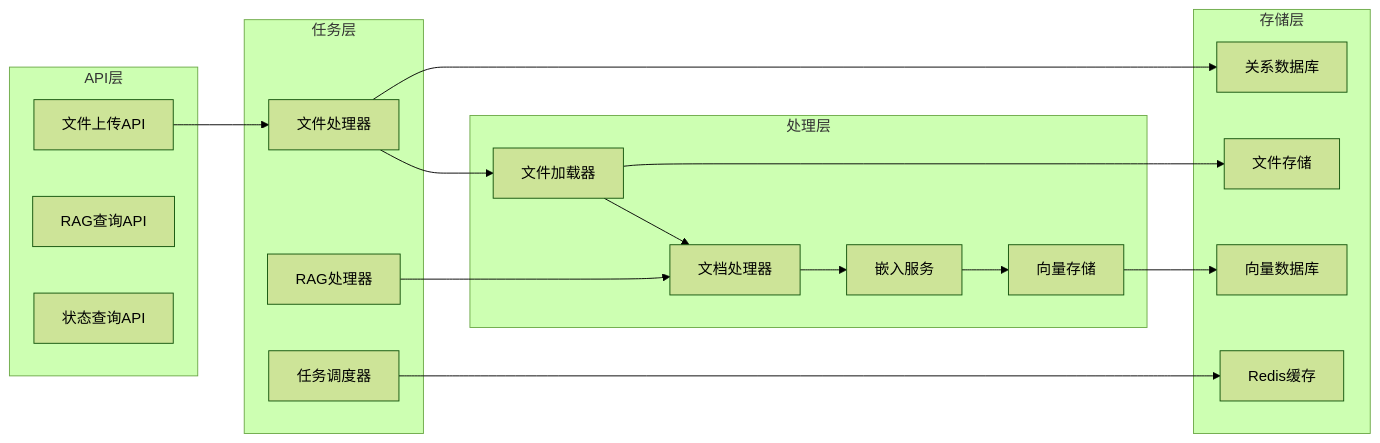
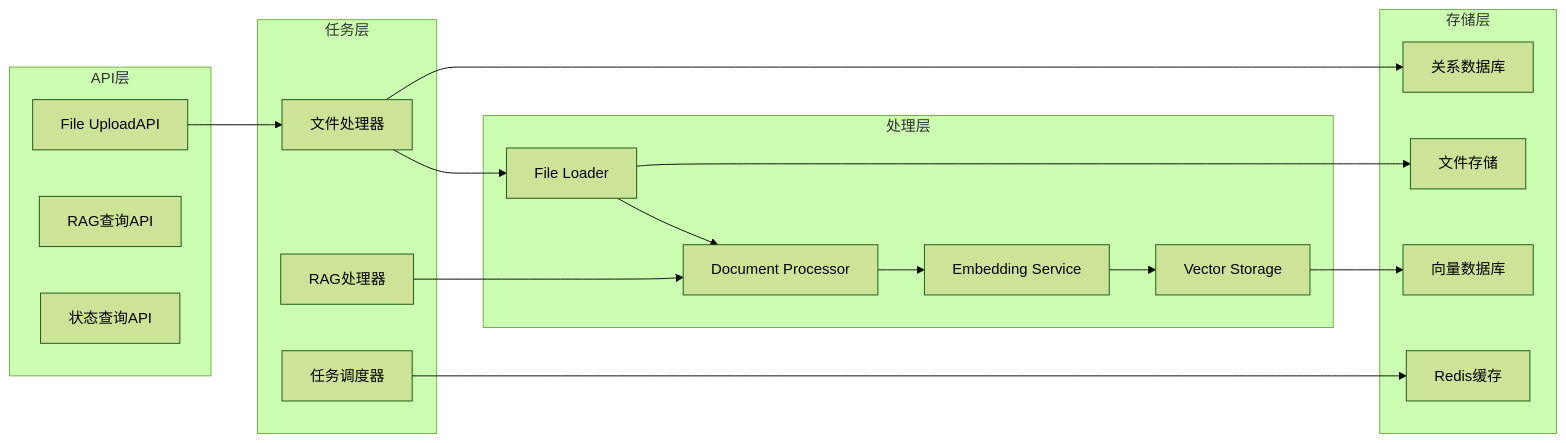
Before and after one commit to guangtouwangba/weaver: the second of 4 diagrams in docs/rag-processing-technical-design.md, drawn with Mermaid (forest theme). The commit also changed other lines of this file and 9 other files, not shown here.

Commit message:
Complete translation of SQL schema and key config files

````diff
--- a/docs/rag-processing-technical-design.md
+++ b/docs/rag-processing-technical-design.md
@@ -46,39 +46,39 @@
 ```mermaid
 graph LR
     subgraph "API层"
-        A1[文件上传API]
+        A1[File UploadAPI]
         A2[RAG查询API]
         A3[状态查询API]
     end
     
     subgraph "任务层"
         B1[文件处理器]
         B2[RAG处理器]
         B3[任务调度器]
     end
     
     subgraph "处理层"
-        C1[文件加载器]
-        C2[文档处理器]
-        C3[嵌入服务]
-        C4[向量存储]
+        C1[File Loader]
+        C2[Document Processor]
+        C3[Embedding Service]
+        C4[Vector Storage]
     end
     
     subgraph "存储层"
         D1[文件存储]
         D2[关系数据库]
         D3[向量数据库]
         D4[Redis缓存]
     end
     
     A1 --> B1
     B1 --> C1
     C1 --> C2
     C2 --> C3
     C3 --> C4
     B2 --> C2
     C4 --> D3
     C1 --> D1
     B1 --> D2
     B3 --> D4
 ```
````
